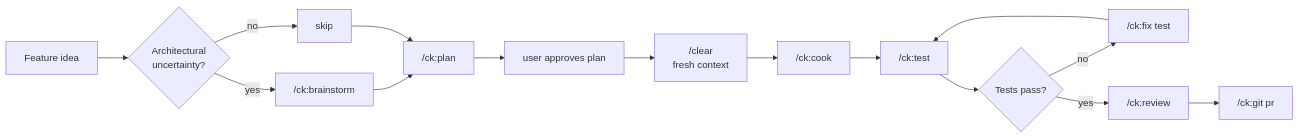
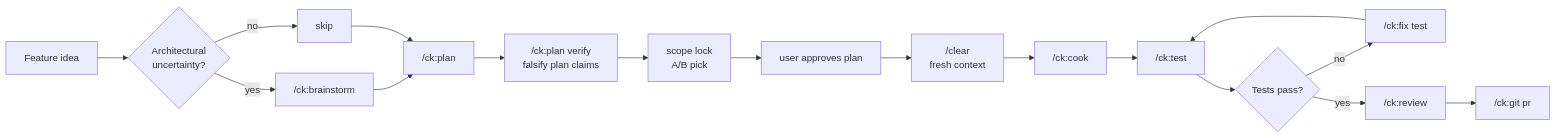
The fourth of 10 diagrams in README.md (trungdo9/ClauKit), drawn with Mermaid before and after one commit. The commit also changed other lines of this file and 82 other files, not shown here.

````diff
--- a/README.md
+++ b/README.md
@@ -162,17 +163,19 @@
 ```mermaid
 flowchart LR
     A[Feature idea] --> B{Architectural<br/>uncertainty?}
     B -->|yes| C["/ck:brainstorm"]
     B -->|no| D[skip]
     C --> E["/ck:plan"]
     D --> E
-    E --> F[user approves plan]
+    E --> V["/ck:plan verify<br/>falsify plan claims"]
+    V --> SL[scope lock<br/>A/B pick]
+    SL --> F[user approves plan]
     F --> G["/clear<br/>fresh context"]
     G --> H["/ck:cook"]
     H --> I["/ck:test"]
     I --> J{Tests pass?}
     J -->|no| K["/ck:fix test"]
     K --> I
     J -->|yes| L["/ck:review"]
     L --> M["/ck:git pr"]
 ```
````
